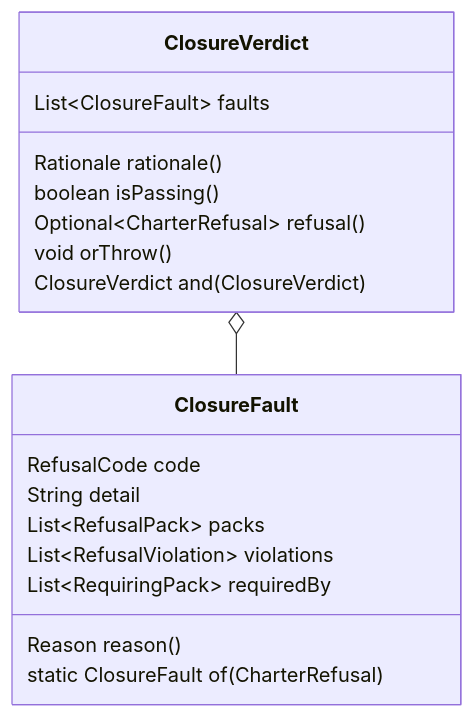
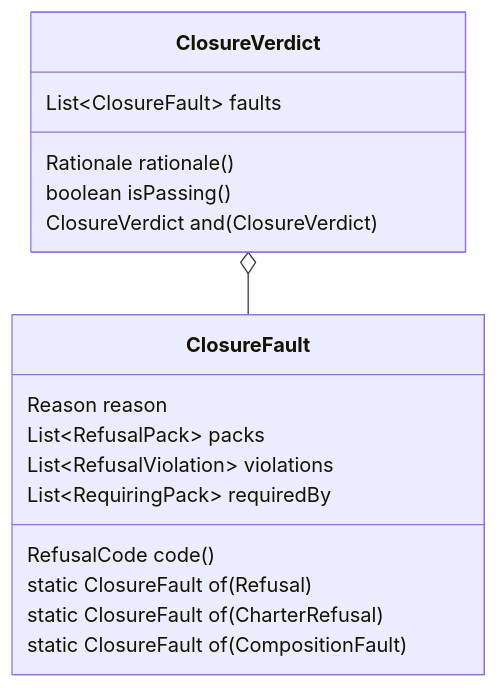
Before and after one commit to spec-kitty/spec-kitty-charter: the first of 2 diagrams in kitty-specs/closure-checks-behind-ports-01M7TS43/plan.md, drawn with Mermaid. The commit also changed other lines of this file and 2 other files, not shown here.

````diff
--- a/kitty-specs/closure-checks-behind-ports-01M7TS43/plan.md
+++ b/kitty-specs/closure-checks-behind-ports-01M7TS43/plan.md
@@ -57,21 +60,20 @@
 ```mermaid
 classDiagram
     class ClosureFault {
-      RefusalCode code
-      String detail
+      Reason reason
       List~RefusalPack~ packs
       List~RefusalViolation~ violations
       List~RequiringPack~ requiredBy
-      Reason reason()
+      RefusalCode code()
+      static ClosureFault of(Refusal)
       static ClosureFault of(CharterRefusal)
+      static ClosureFault of(CompositionFault)
     }
     class ClosureVerdict {
       List~ClosureFault~ faults
       Rationale rationale()
       boolean isPassing()
-      Optional~CharterRefusal~ refusal()
-      void orThrow()
       ClosureVerdict and(ClosureVerdict)
     }
     ClosureVerdict o-- ClosureFault
 ```
````
